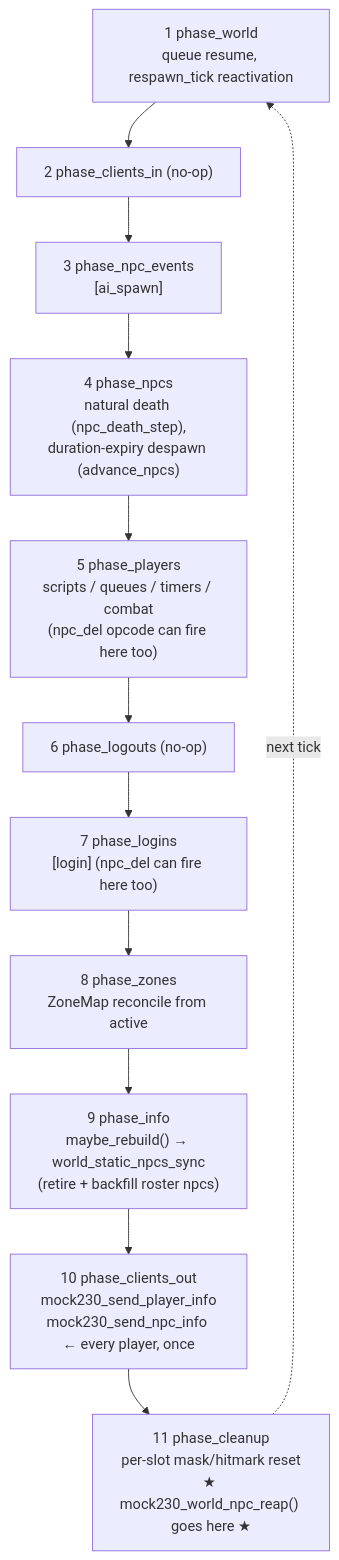
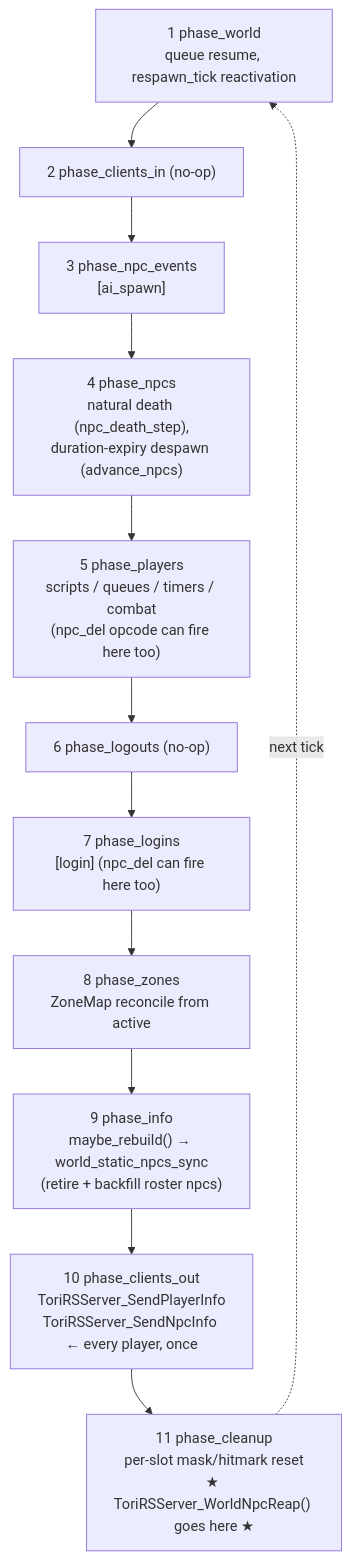
The second of 2 diagrams in docs/torirs_server_npc_slot_reap.md (MRobertEvers/oldschool-clientc), drawn with Mermaid before and after one commit. The commit also changed other lines of this file and 878 other files, not shown here.

````diff
--- a/docs/torirs_server_npc_slot_reap.md
+++ b/docs/torirs_server_npc_slot_reap.md
@@ -103,17 +103,17 @@
 ```mermaid
 flowchart TD
     P1["1 phase_world\nqueue resume, respawn_tick reactivation"]
     P2["2 phase_clients_in (no-op)"]
     P3["3 phase_npc_events\n[ai_spawn]"]
     P4["4 phase_npcs\nnatural death (npc_death_step),\nduration-expiry despawn (advance_npcs)"]
     P5["5 phase_players\nscripts / queues / timers / combat\n(npc_del opcode can fire here too)"]
     P6["6 phase_logouts (no-op)"]
     P7["7 phase_logins\n[login] (npc_del can fire here too)"]
     P8["8 phase_zones\nZoneMap reconcile from active"]
     P9["9 phase_info\nmaybe_rebuild() → world_static_npcs_sync\n(retire + backfill roster npcs)"]
-    P10["10 phase_clients_out\nmock230_send_player_info\nmock230_send_npc_info ← every player, once"]
-    P11["11 phase_cleanup\nper-slot mask/hitmark reset\n★ mock230_world_npc_reap() goes here ★"]
+    P10["10 phase_clients_out\nToriRSServer_SendPlayerInfo\nToriRSServer_SendNpcInfo ← every player, once"]
+    P11["11 phase_cleanup\nper-slot mask/hitmark reset\n★ ToriRSServer_WorldNpcReap() goes here ★"]
 
     P1 --> P2 --> P3 --> P4 --> P5 --> P6 --> P7 --> P8 --> P9 --> P10 --> P11
     P11 -.next tick.-> P1
 ```
````
